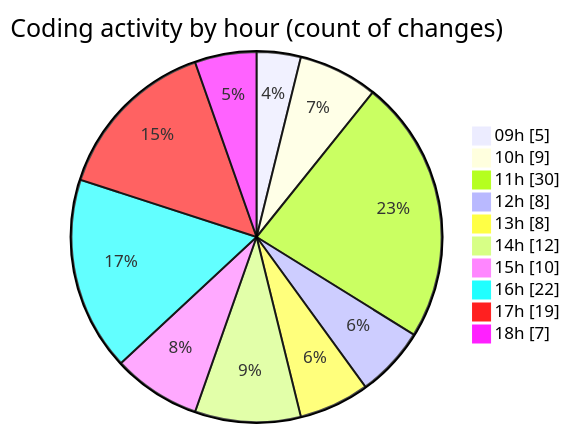
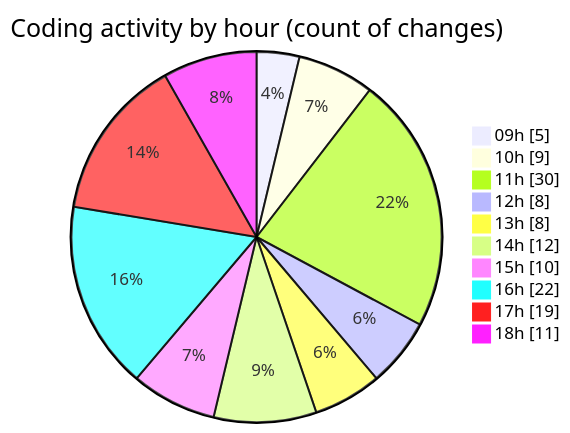
One commit to momahboobian/code-tracking changed the second of 2 diagrams in 2025-02-03/cda/README.md. Above: the diagram before and after it, drawn with Mermaid. The commit also changed other lines of this file and 1 other file, not shown here.

````diff
--- a/2025-02-03/cda/README.md
+++ b/2025-02-03/cda/README.md
@@ -33,14 +33,14 @@
 ```mermaid
 pie showData
 title Coding activity by hour (count of changes)
 "09h" : 5
 "10h" : 9
 "11h" : 30
 "12h" : 8
 "13h" : 8
 "14h" : 12
 "15h" : 10
 "16h" : 22
 "17h" : 19
-"18h" : 7
+"18h" : 11
 ```
````
